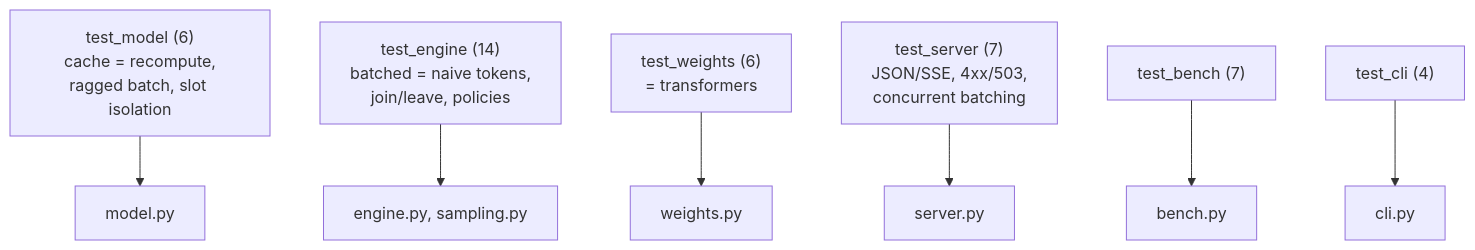
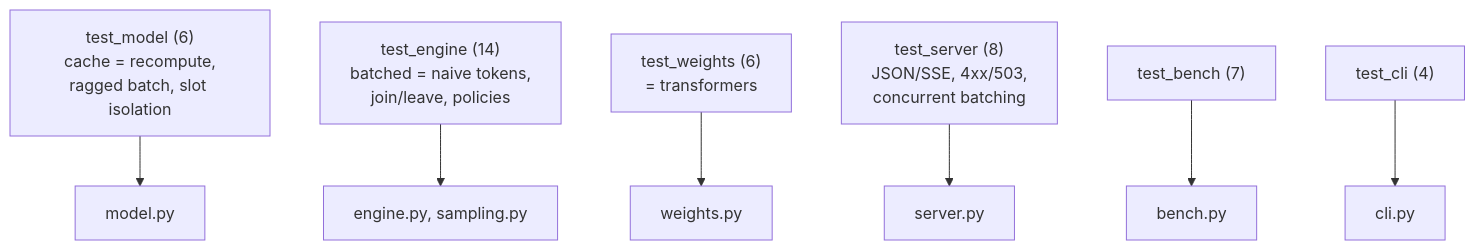
Before and after one commit to EquinoxWN/llm-inference-engine: the second of 2 diagrams in README.md, drawn with Mermaid. The commit also changed other lines of this file and 5 other files, not shown here.

````diff
--- a/README.md
+++ b/README.md
@@ -138,9 +138,9 @@
 ```mermaid
 flowchart TB
   TM["test_model (6)<br/>cache = recompute,<br/>ragged batch, slot isolation"] --> MO["model.py"]
   TE["test_engine (14)<br/>batched = naive tokens,<br/>join/leave, policies"] --> EN["engine.py, sampling.py"]
   TW["test_weights (6)<br/>= transformers"] --> WE["weights.py"]
-  TS["test_server (7)<br/>JSON/SSE, 4xx/503,<br/>concurrent batching"] --> SE["server.py"]
+  TS["test_server (8)<br/>JSON/SSE, 4xx/503,<br/>concurrent batching"] --> SE["server.py"]
   TB["test_bench (7)"] --> BE["bench.py"]
   TC["test_cli (4)"] --> CL["cli.py"]
 ```
````
